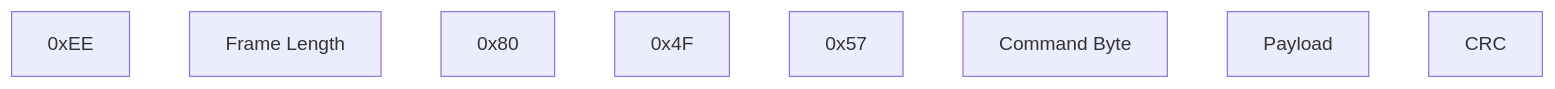
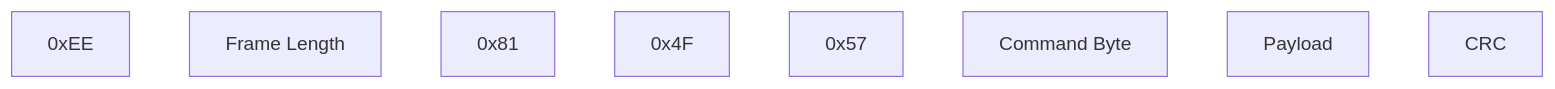
One commit to tbs-fpv/tbs-crsf-spec changed the fifth of 7 diagrams in crsf.md. Above: the diagram before and after it, drawn with Mermaid. The commit also changed other lines of this file, not shown here.

````diff
--- a/crsf.md
+++ b/crsf.md
@@ -1251,4 +1251,4 @@
 ```mermaid
 flowchart LR
-    0xEE ~~~ id0[Frame Length] ~~~ 0x80 ~~~ 0x4F ~~~ 0x57 ~~~ id1[Command Byte] ~~~ Payload ~~~ CRC
+    0xEE ~~~ id0[Frame Length] ~~~ 0x81 ~~~ 0x4F ~~~ 0x57 ~~~ id1[Command Byte] ~~~ Payload ~~~ CRC
 ```
````
